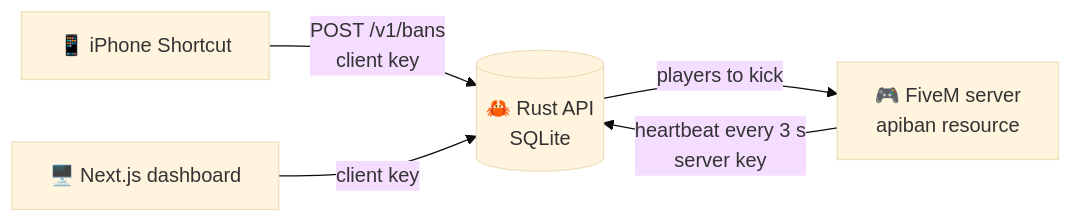
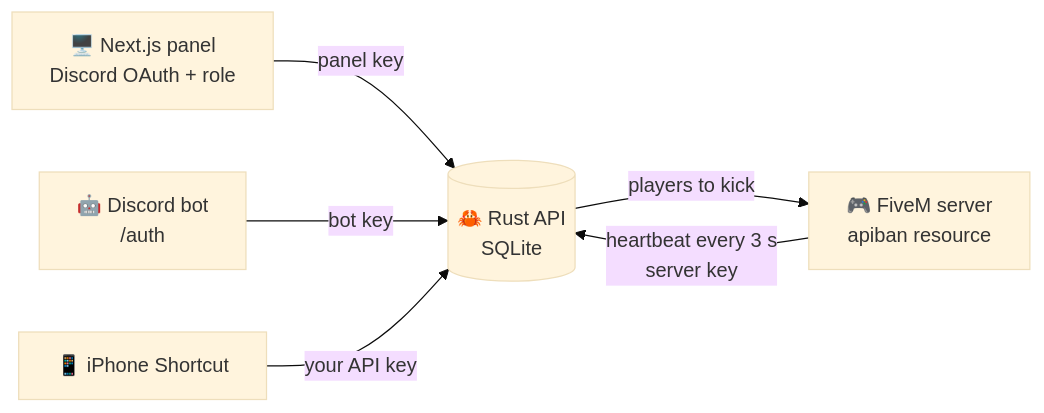
One commit to realryz/apiban changed the diagram in README.md. Above: the diagram before and after it, drawn with Mermaid (base theme). The commit also changed other lines of this file and 60 other files, not shown here.

Commit message:
Discord login, role-gated panel, /auth codes for API keys, Discord bot and ryzwtf design

````diff
--- a/README.md
+++ b/README.md
@@ -45,8 +53,9 @@
 ```mermaid
 flowchart LR
-    iPhone["📱 iPhone Shortcut"] -- "POST /v1/bans<br/>client key" --> API
-    Web["🖥️ Next.js dashboard"] -- "client key" --> API
+    Panel["🖥️ Next.js panel<br/>Discord OAuth + role"] -- "panel key" --> API
+    Bot["🤖 Discord bot<br/>/auth"] -- "bot key" --> API
+    iPhone["📱 iPhone Shortcut"] -- "your API key" --> API
     API[("🦀 Rust API<br/>SQLite")]
     FiveM["🎮 FiveM server<br/>apiban resource"] -- "heartbeat every 3 s<br/>server key" --> API
     API -- "players to kick" --> FiveM
 ```
````
